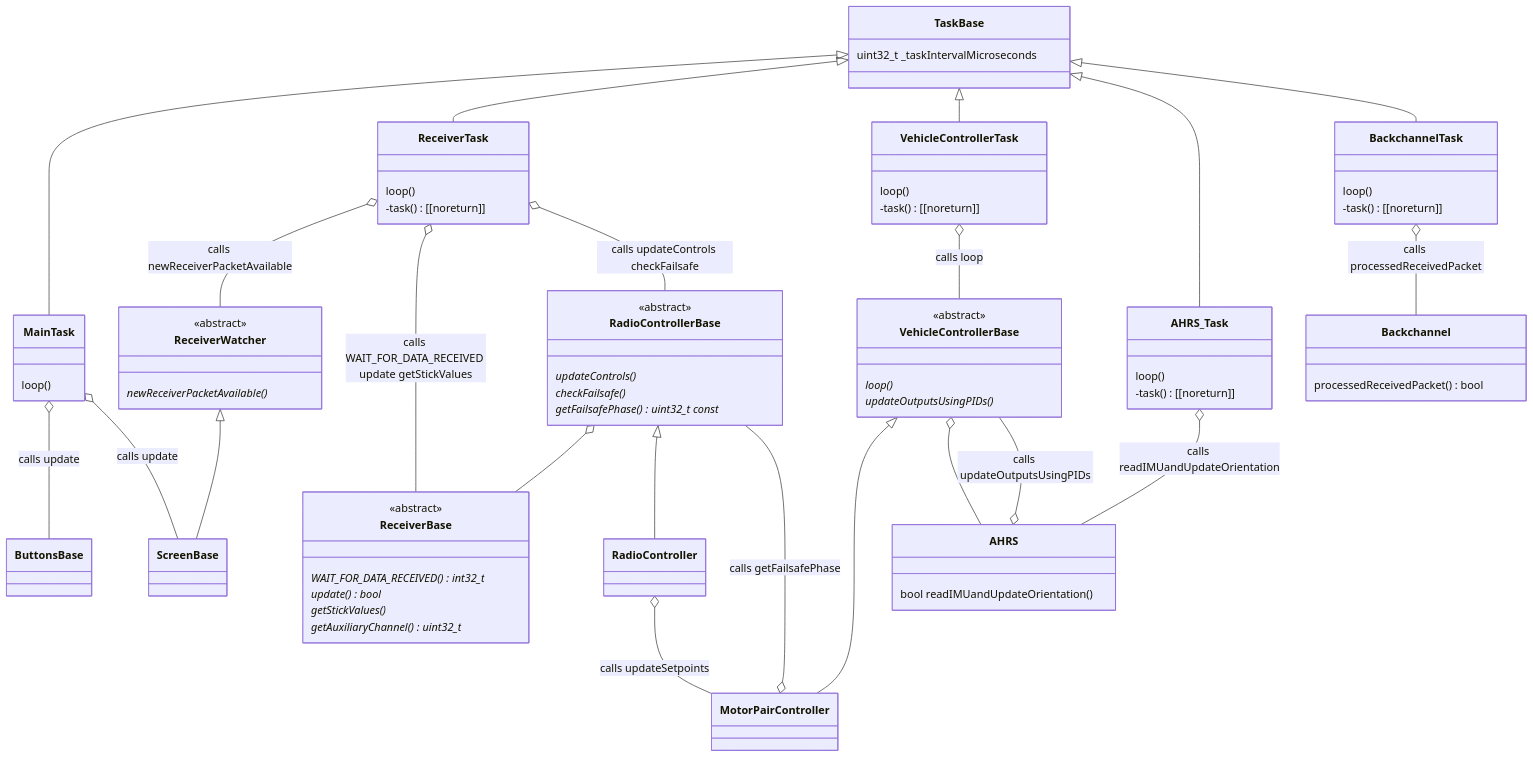
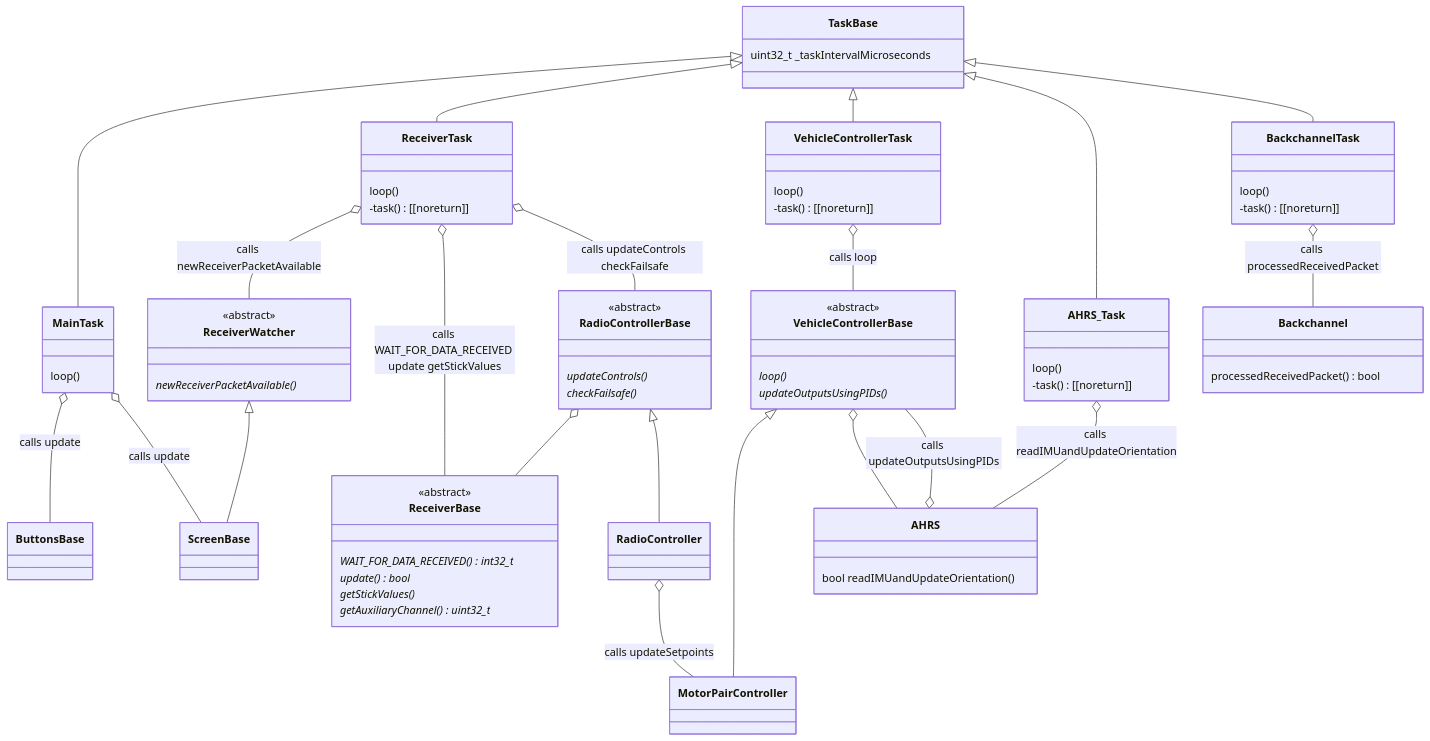
One commit to martinbudden/SelfBalancingRobot changed the second of 2 diagrams in README.md. Above: the diagram before and after it, drawn with Mermaid. The commit also changed other lines of this file and 17 other files, not shown here.

Commit message:
Renamed mainTask to dashboardTask. Added native build type. Removed RadioController from MotorPairController.

```diff
--- a/README.md
+++ b/README.md
@@ -200,7 +199,6 @@
         <<abstract>>
         updateControls() *
         checkFailsafe() *
-        getFailsafePhase() uint32_t const *
     }
     class ReceiverBase {
         <<abstract>>
@@ -210,7 +208,6 @@
         getAuxiliaryChannel() uint32_t *
     }
 
-    MotorPairController o-- RadioControllerBase : calls getFailsafePhase
     RadioControllerBase o--ReceiverBase
     RadioControllerBase <|-- RadioController
     RadioController o-- MotorPairController : calls updateSetpoints
```
